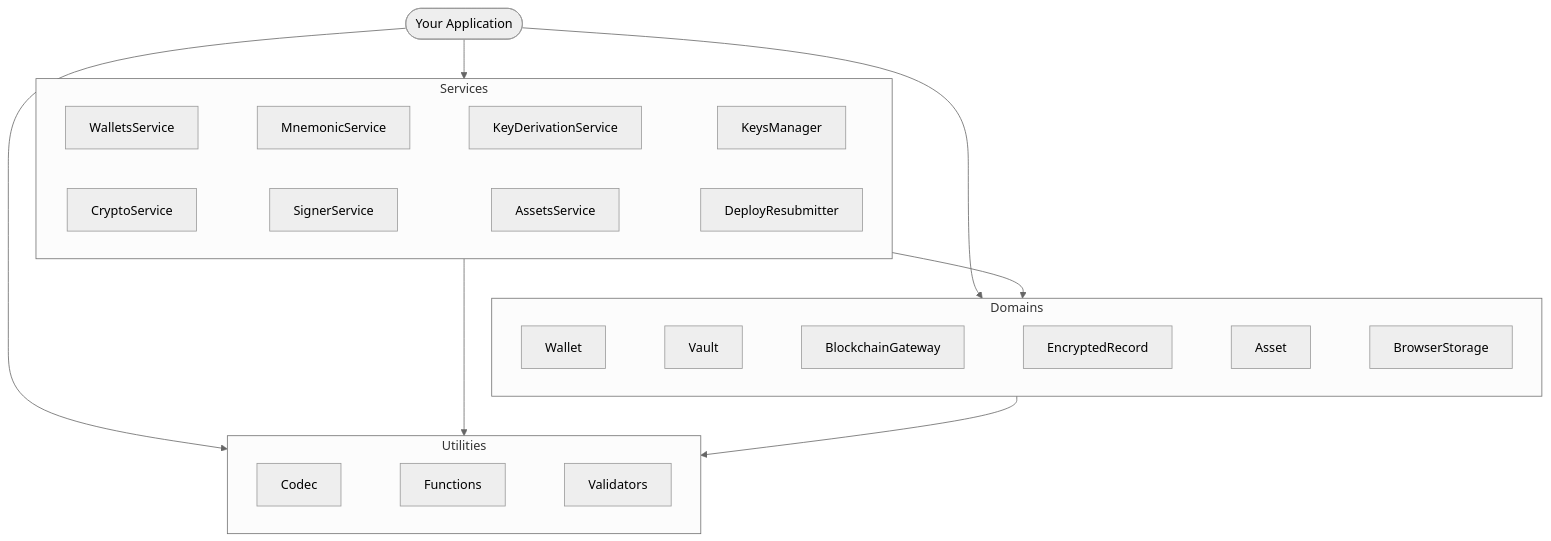
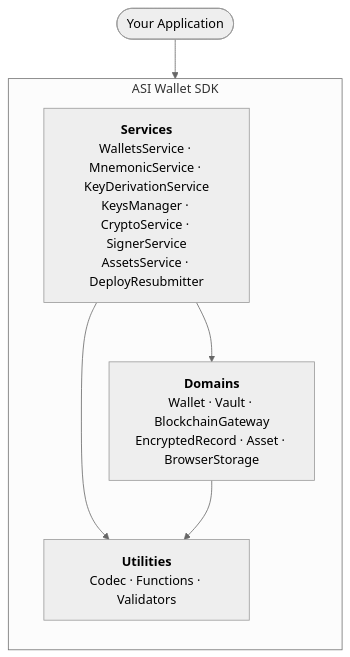
The diagram in wallet-sdk/overview/index.md (asi-alliance/asi-chain-docs-portal), drawn with Mermaid (neutral theme) before and after one commit.

Commit message:
[AS-571] Simplify Module Architecture diagram to 3-layer view

````diff
--- a/wallet-sdk/overview/index.md
+++ b/wallet-sdk/overview/index.md
@@ -86,24 +86,15 @@
 ```mermaid
 graph TB
-    App(["Your Application"])
-    App --> Services
-    App --> Domains
-    App --> Utilities
+    App(["Your Application"]) --> SDK
 
-    subgraph Services["Services"]
-        s1["WalletsService"] ~~~ s2["MnemonicService"] ~~~ s3["KeyDerivationService"] ~~~ s4["KeysManager"]
-        s5["CryptoService"] ~~~ s6["SignerService"] ~~~ s7["AssetsService"] ~~~ s8["DeployResubmitter"]
+    subgraph SDK["ASI Wallet SDK"]
+        direction TB
+        Services["<b>Services</b><br/>WalletsService · MnemonicService · KeyDerivationService<br/>KeysManager · CryptoService · SignerService<br/>AssetsService · DeployResubmitter"]
+        Domains["<b>Domains</b><br/>Wallet · Vault · BlockchainGateway<br/>EncryptedRecord · Asset · BrowserStorage"]
+        Utilities["<b>Utilities</b><br/>Codec · Functions · Validators"]
+
+        Services --> Domains
+        Services --> Utilities
+        Domains --> Utilities
     end
-
-    subgraph Domains["Domains"]
-        d1["Wallet"] ~~~ d2["Vault"] ~~~ d3["BlockchainGateway"] ~~~ d4["EncryptedRecord"] ~~~ d5["Asset"] ~~~ d6["BrowserStorage"]
-    end
-
-    subgraph Utilities["Utilities"]
-        u1["Codec"] ~~~ u2["Functions"] ~~~ u3["Validators"]
-    end
-
-    Services --> Domains
-    Services --> Utilities
-    Domains --> Utilities
 ```
````
